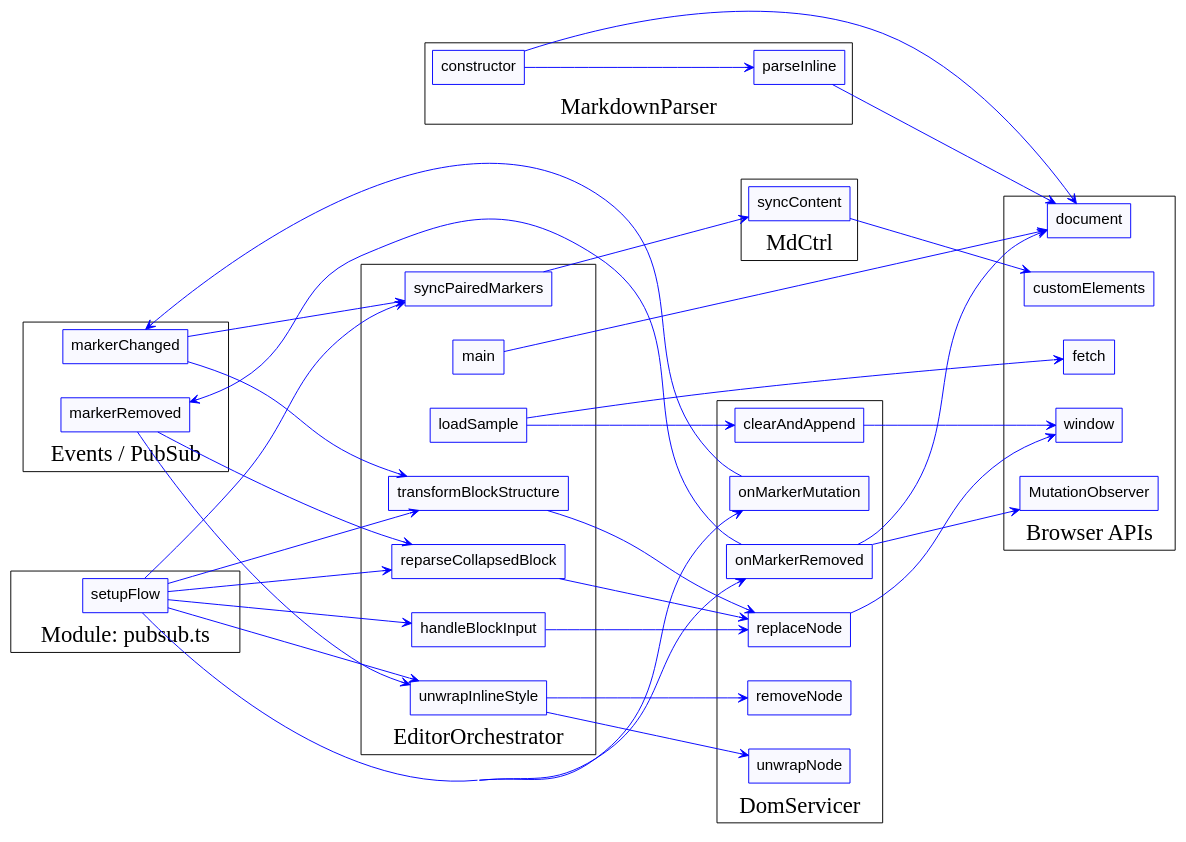
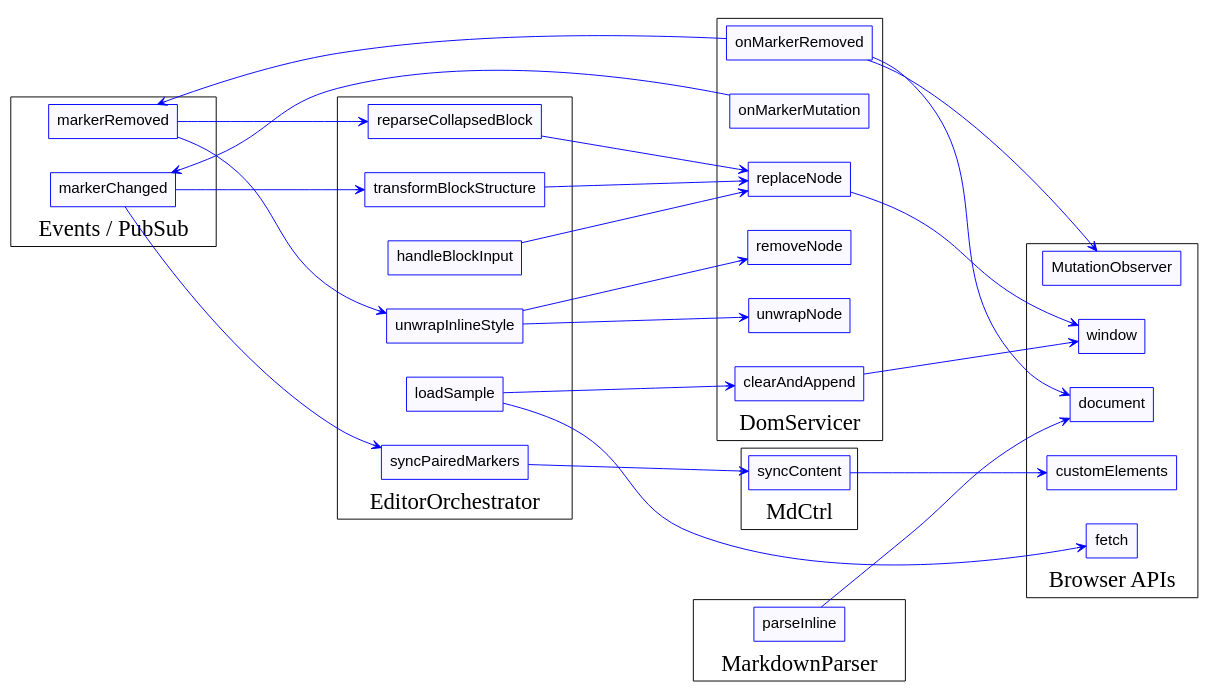
The diagram in reports/logic-graph.dot (invisement/markdown-presentation), drawn with Graphviz before and after one commit.

Commit message:
docs: clean up logic graph by removing orchestration noise

```diff
--- a/reports/logic-graph.dot
+++ b/reports/logic-graph.dot
@@ -1,81 +1,65 @@
 digraph logic {
   graph [fontsize=24; rankdir="LR"; labelloc="b"; concentrate=true; overlap=false; splines=true; color=black; nodesep=0.5; ranksep=2;];
   node [shape=box, fontsize=16, color=blue, fontname="Arial", style=filled, fillcolor="#f9f9ff"];
   edge [fontsize=12, color=blue, arrowhead=vee];
 
   subgraph "cluster_EditorOrchestrator" {
     label = "EditorOrchestrator";
     "editor-orchestrator.ts:EditorOrchestrator:syncPairedMarkers" [label="syncPairedMarkers"];
     "editor-orchestrator.ts:EditorOrchestrator:transformBlockStructure" [label="transformBlockStructure"];
     "editor-orchestrator.ts:EditorOrchestrator:reparseCollapsedBlock" [label="reparseCollapsedBlock"];
     "editor-orchestrator.ts:EditorOrchestrator:unwrapInlineStyle" [label="unwrapInlineStyle"];
     "editor-orchestrator.ts:EditorOrchestrator:handleBlockInput" [label="handleBlockInput"];
     "editor-orchestrator.ts:EditorOrchestrator:loadSample" [label="loadSample"];
-    "editor-orchestrator.ts:EditorOrchestrator:main" [label="main"];
   }
   subgraph "cluster_MdCtrl" {
     label = "MdCtrl";
     "dom-servicer.ts:MdCtrl:syncContent" [label="syncContent"];
   }
   subgraph "cluster_DomServicer" {
     label = "DomServicer";
     "dom-servicer.ts:DomServicer:replaceNode" [label="replaceNode"];
     "dom-servicer.ts:DomServicer:removeNode" [label="removeNode"];
     "dom-servicer.ts:DomServicer:unwrapNode" [label="unwrapNode"];
     "dom-servicer.ts:DomServicer:clearAndAppend" [label="clearAndAppend"];
+    "dom-servicer.ts:DomServicer:onMarkerRemoved" [label="onMarkerRemoved"];
     "dom-servicer.ts:DomServicer:onMarkerMutation" [label="onMarkerMutation"];
-    "dom-servicer.ts:DomServicer:onMarkerRemoved" [label="onMarkerRemoved"];
-  }
-  subgraph "cluster_pubsub_ts_Module" {
-    label = "Module: pubsub.ts";
-    "pubsub.ts:Module:setupFlow" [label="setupFlow"];
   }
   subgraph "cluster_MarkdownParser" {
     label = "MarkdownParser";
-    "markdown-parser.ts:MarkdownParser:constructor" [label="constructor"];
     "markdown-parser.ts:MarkdownParser:parseInline" [label="parseInline"];
   }
   subgraph cluster_events {
     label = "Events / PubSub";
     "Topic:markerChanged" [label="markerChanged"];
     "Topic:markerRemoved" [label="markerRemoved"];
   }
   subgraph cluster_browser {
     label = "Browser APIs";
     "Browser:fetch" [label="fetch"];
+    "Browser:customElements" [label="customElements"];
     "Browser:document" [label="document"];
-    "Browser:customElements" [label="customElements"];
     "Browser:MutationObserver" [label="MutationObserver"];
     "Browser:window" [label="window"];
   }
   "Topic:markerChanged" -> "editor-orchestrator.ts:EditorOrchestrator:syncPairedMarkers";
   "Topic:markerChanged" -> "editor-orchestrator.ts:EditorOrchestrator:transformBlockStructure";
   "Topic:markerRemoved" -> "editor-orchestrator.ts:EditorOrchestrator:reparseCollapsedBlock";
   "Topic:markerRemoved" -> "editor-orchestrator.ts:EditorOrchestrator:unwrapInlineStyle";
   "dom-servicer.ts:DomServicer:clearAndAppend" -> "Browser:window";
   "dom-servicer.ts:DomServicer:onMarkerMutation" -> "Topic:markerChanged";
   "dom-servicer.ts:DomServicer:onMarkerRemoved" -> "Browser:MutationObserver";
   "dom-servicer.ts:DomServicer:onMarkerRemoved" -> "Browser:document";
   "dom-servicer.ts:DomServicer:onMarkerRemoved" -> "Topic:markerRemoved";
   "dom-servicer.ts:DomServicer:replaceNode" -> "Browser:window";
   "dom-servicer.ts:MdCtrl:syncContent" -> "Browser:customElements";
   "editor-orchestrator.ts:EditorOrchestrator:handleBlockInput" -> "dom-servicer.ts:DomServicer:replaceNode";
   "editor-orchestrator.ts:EditorOrchestrator:loadSample" -> "Browser:fetch";
   "editor-orchestrator.ts:EditorOrchestrator:loadSample" -> "dom-servicer.ts:DomServicer:clearAndAppend";
-  "editor-orchestrator.ts:EditorOrchestrator:main" -> "Browser:document";
   "editor-orchestrator.ts:EditorOrchestrator:reparseCollapsedBlock" -> "dom-servicer.ts:DomServicer:replaceNode";
   "editor-orchestrator.ts:EditorOrchestrator:syncPairedMarkers" -> "dom-servicer.ts:MdCtrl:syncContent";
   "editor-orchestrator.ts:EditorOrchestrator:transformBlockStructure" -> "dom-servicer.ts:DomServicer:replaceNode";
   "editor-orchestrator.ts:EditorOrchestrator:unwrapInlineStyle" -> "dom-servicer.ts:DomServicer:removeNode";
   "editor-orchestrator.ts:EditorOrchestrator:unwrapInlineStyle" -> "dom-servicer.ts:DomServicer:unwrapNode";
-  "markdown-parser.ts:MarkdownParser:constructor" -> "Browser:document";
-  "markdown-parser.ts:MarkdownParser:constructor" -> "markdown-parser.ts:MarkdownParser:parseInline";
   "markdown-parser.ts:MarkdownParser:parseInline" -> "Browser:document";
-  "pubsub.ts:Module:setupFlow" -> "dom-servicer.ts:DomServicer:onMarkerMutation";
-  "pubsub.ts:Module:setupFlow" -> "dom-servicer.ts:DomServicer:onMarkerRemoved";
-  "pubsub.ts:Module:setupFlow" -> "editor-orchestrator.ts:EditorOrchestrator:handleBlockInput";
-  "pubsub.ts:Module:setupFlow" -> "editor-orchestrator.ts:EditorOrchestrator:reparseCollapsedBlock";
-  "pubsub.ts:Module:setupFlow" -> "editor-orchestrator.ts:EditorOrchestrator:syncPairedMarkers";
-  "pubsub.ts:Module:setupFlow" -> "editor-orchestrator.ts:EditorOrchestrator:transformBlockStructure";
-  "pubsub.ts:Module:setupFlow" -> "editor-orchestrator.ts:EditorOrchestrator:unwrapInlineStyle";
 }
```
